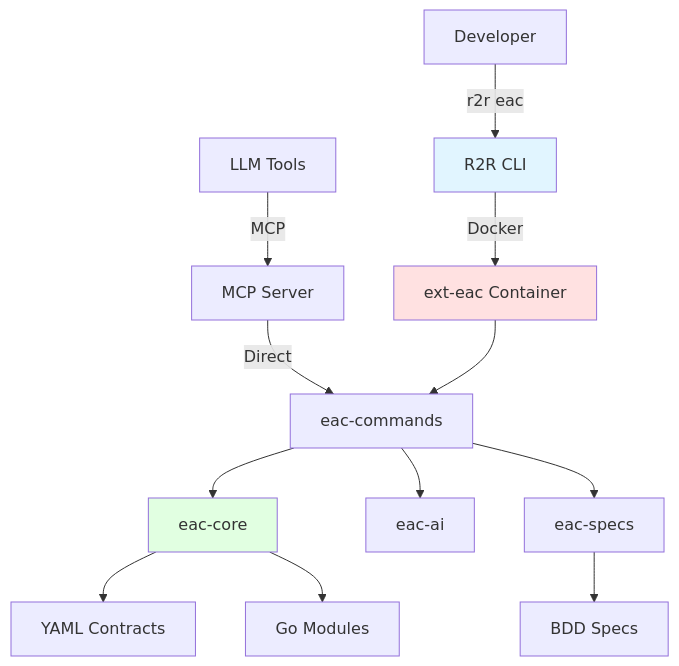
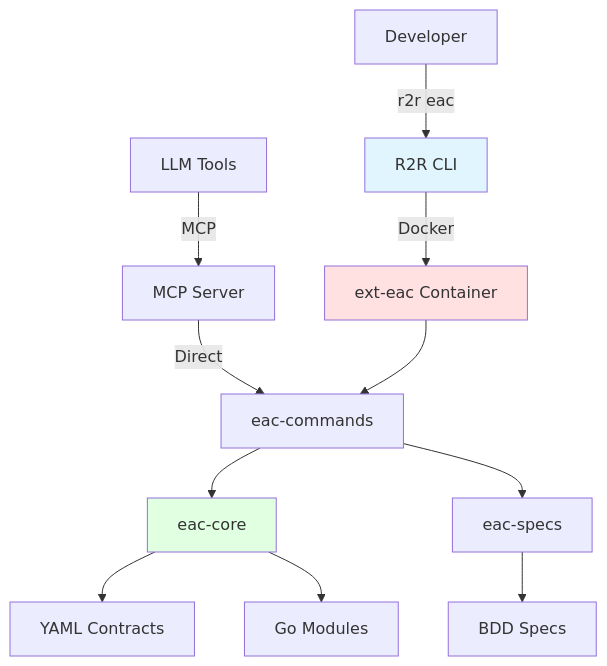
The diagram in docs/reference/r2r-eac/architecture.md (ready-to-release/eac), drawn with Mermaid before and after one commit. The commit also changed other lines of this file and 49 other files, not shown here.

````diff
--- a/docs/reference/r2r-eac/architecture.md
+++ b/docs/reference/r2r-eac/architecture.md
@@ -15,21 +15,20 @@
 ```mermaid
 graph TB
     Dev[Developer] -->|r2r eac| CLI[R2R CLI]
     LLM[LLM Tools] -->|MCP| MCP[MCP Server]
 
     CLI -->|Docker| Ext[ext-eac Container]
     MCP -->|Direct| Commands[eac-commands]
 
     Ext --> Commands
     Commands --> Core[eac-core]
-    Commands --> AI[eac-ai]
     Commands --> Specs[eac-specs]
 
     Core --> Contracts[YAML Contracts]
     Core --> Modules[Go Modules]
     Specs --> Features[BDD Specs]
 
     style CLI fill:#e1f5ff
     style Ext fill:#ffe1e1
     style Core fill:#e1ffe1
 ```
````
